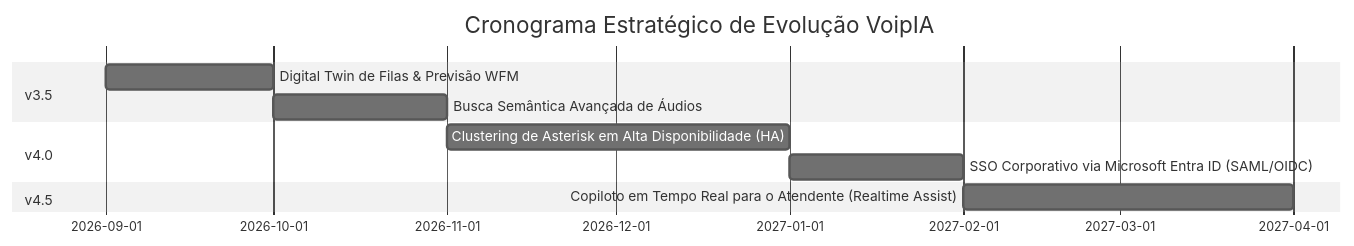
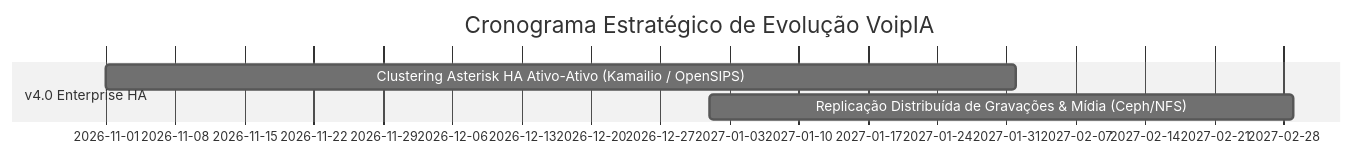
Before and after one commit to kaiohsc2017/VoipIA: the diagram in docs/ROADMAP.md, drawn with Mermaid (neutral theme). The commit also changed other lines of this file and 5 other files, not shown here.

Commit message:
docs: atualiza suite oficial com v3.5, WFM Erlang-C, pgvector, SSO Entra ID, Copiloto e HA plan

````diff
--- a/docs/ROADMAP.md
+++ b/docs/ROADMAP.md
@@ -45,13 +52,8 @@
 ```mermaid
 gantt
     title Cronograma Estratégico de Evolução VoipIA
     dateFormat  YYYY-MM
-    section v3.5
-    Digital Twin de Filas & Previsão WFM       :2026-09, 2026-10
-    Busca Semântica Avançada de Áudios        :2026-10, 2026-11
-    section v4.0
-    Clustering de Asterisk em Alta Disponibilidade (HA) :2026-11, 2027-01
-    SSO Corporativo via Microsoft Entra ID (SAML/OIDC)  :2027-01, 2027-02
-    section v4.5
-    Copiloto em Tempo Real para o Atendente (Realtime Assist) :2027-02, 2027-04
+    section v4.0 Enterprise HA
+    Clustering Asterisk HA Ativo-Ativo (Kamailio / OpenSIPS) :2026-11, 2027-02
+    Replicação Distribuída de Gravações & Mídia (Ceph/NFS)   :2027-01, 2027-03
 ```
````
